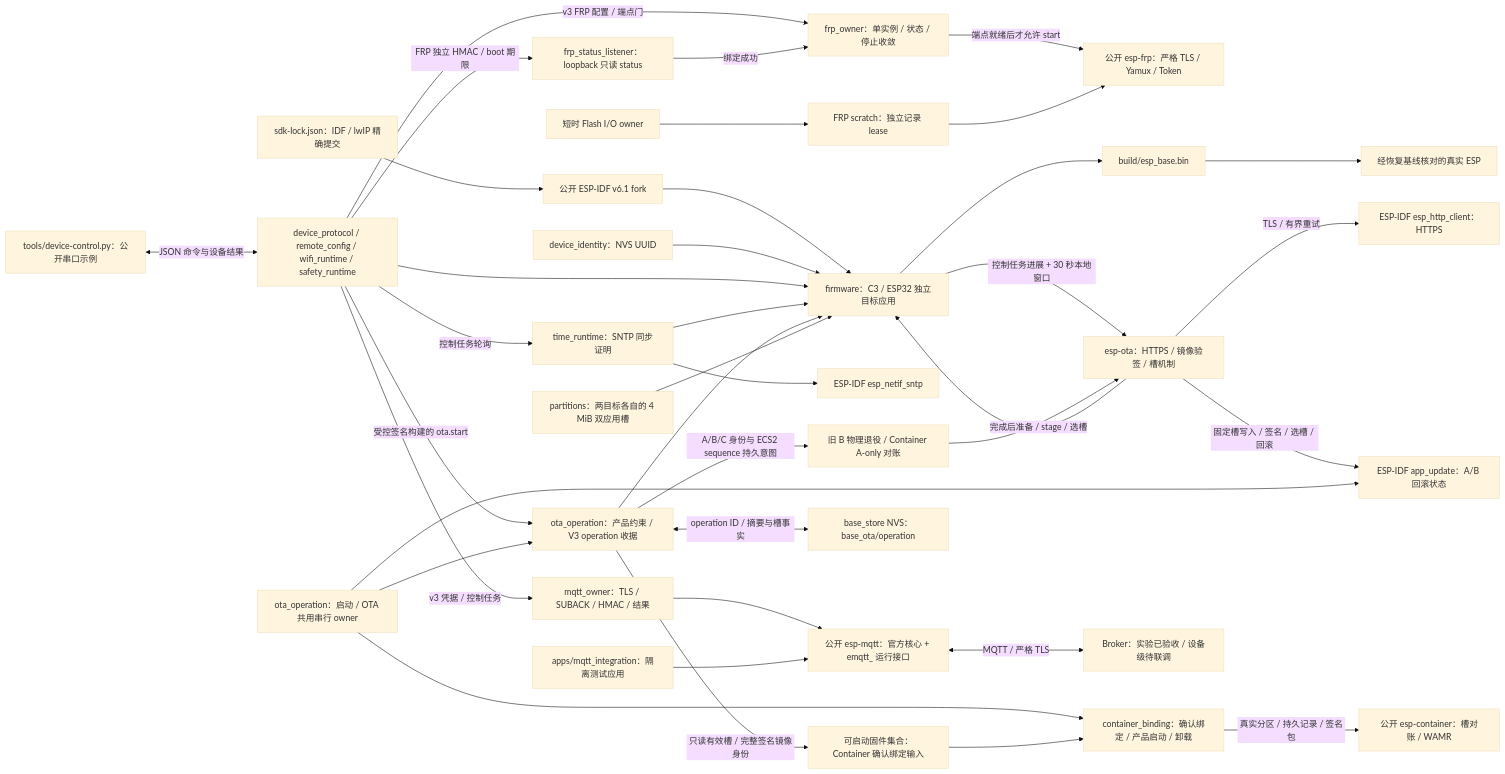
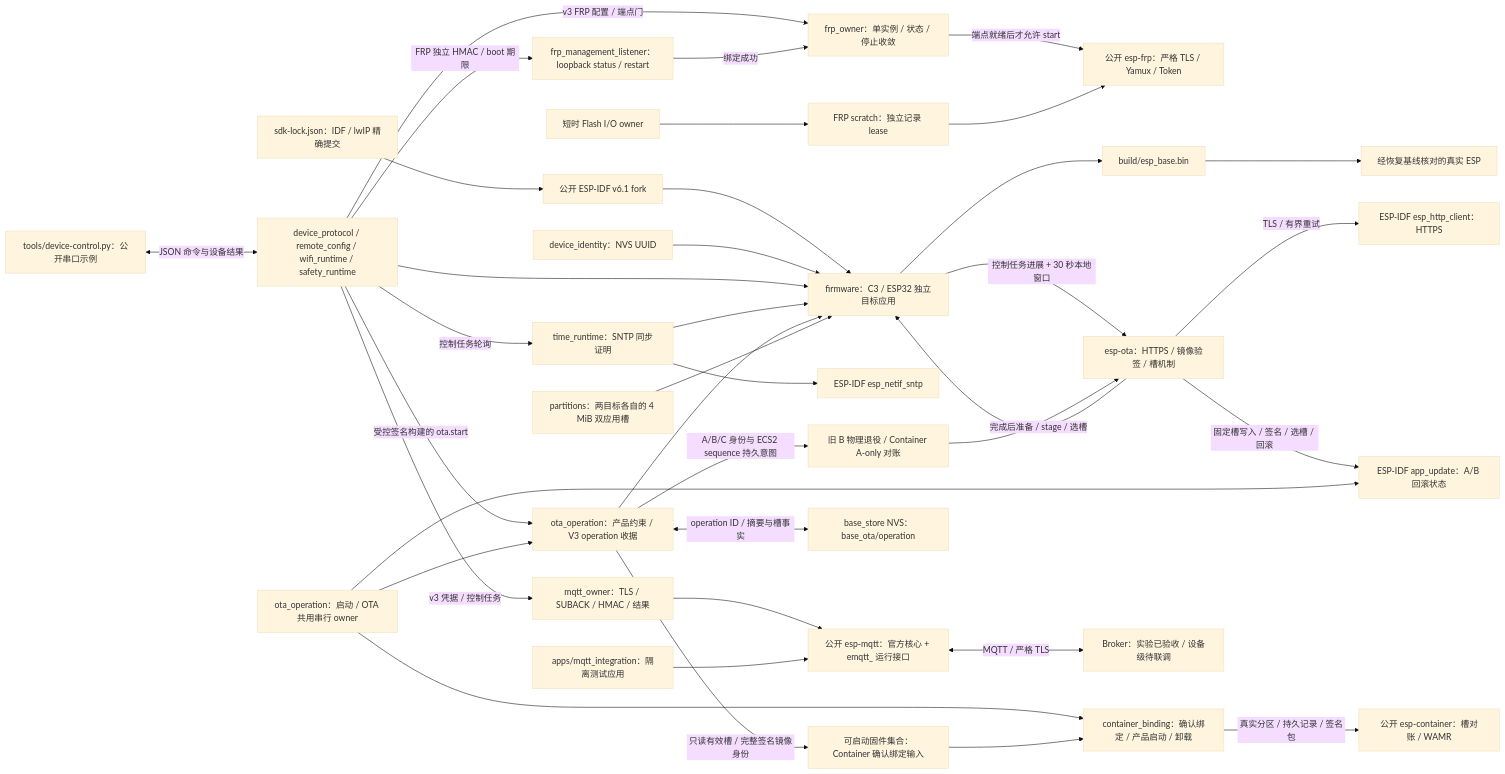
One commit to darren-you/esp-base changed the diagram in README.md. Above: the diagram before and after it, drawn with Mermaid (base theme). The commit also changed other lines of this file and 22 other files, not shown here.

````diff
--- a/README.md
+++ b/README.md
@@ -127,39 +129,39 @@
 ```mermaid
 flowchart LR
     sdk_lock["sdk-lock.json：IDF / lwIP 精确提交"] --> sdk["公开 ESP-IDF v6.1 fork"]
     sdk --> firmware["firmware：C3 / ESP32 独立目标应用"]
     identity["device_identity：NVS UUID"] --> firmware
     state["device_protocol / remote_config / wifi_runtime / safety_runtime"] --> firmware
     state -->|"v3 凭据 / 控制任务"| mqtt_owner["mqtt_owner：TLS / SUBACK / HMAC / 结果"]
     mqtt_owner --> mqtt
     state -->|"v3 FRP 配置 / 端点门"| frp_owner["frp_owner：单实例 / 状态 / 停止收敛"]
-    state -->|"FRP 独立 HMAC / boot 期限"| frp_status["frp_status_listener：loopback 只读 status"]
-    frp_status -->|"绑定成功"| frp_owner
+    state -->|"FRP 独立 HMAC / boot 期限"| frp_management["frp_management_listener：loopback status / restart"]
+    frp_management -->|"绑定成功"| frp_owner
     frp_owner -->|"端点就绪后才允许 start"| frp["公开 esp-frp：严格 TLS / Yamux / Token"]
     time["time_runtime：SNTP 同步证明"] --> firmware
     state -->|"控制任务轮询"| time
     time --> idf_time["ESP-IDF esp_netif_sntp"]
     ota["esp-ota：HTTPS / 镜像验签 / 槽机制"] --> firmware
     receipt["ota_operation：产品约束 / V3 operation 收据"] --> firmware
     receipt -->|"只读有效槽 / 完整签名镜像身份"| image_set["可启动固件集合：Container 确认绑定输入"]
     firmware -->|"控制任务进展 + 30 秒本地窗口"| ota
     state -->|"受控签名构建的 ota.start"| receipt
     receipt -->|"A/B/C 身份与 ECS2 sequence 持久意图"| retire["旧 B 物理退役 / Container A-only 对账"]
     retire -->|"完成后准备 / stage / 选槽"| ota
     ota -->|"TLS / 有界重试"| https["ESP-IDF esp_http_client：HTTPS"]
     ota -->|"固定槽写入 / 签名 / 选槽 / 回滚"| slot["ESP-IDF app_update：A/B 回滚状态"]
     receipt <-->|"operation ID / 摘要与槽事实"| nvs["base_store NVS：base_ota/operation"]
     owner["ota_operation：启动 / OTA 共用串行 owner"] --> receipt
     owner --> slot
     io_owner["短时 Flash I/O owner"] --> scratch["FRP scratch：独立记录 lease"]
     scratch --> frp
     binding["container_binding：确认绑定 / 产品启动 / 卸载"] -->|"真实分区 / 持久记录 / 签名包"| container["公开 esp-container：槽对账 / WAMR"]
     owner --> binding
     image_set --> binding
     layout["partitions：两目标各自的 4 MiB 双应用槽"] --> firmware
     host["tools/device-control.py：公开串口示例"] <-->|"JSON 命令与设备结果"| state
     firmware --> image["build/esp_base.bin"]
     lab["apps/mqtt_integration：隔离测试应用"] --> mqtt["公开 esp-mqtt：官方核心 + emqtt_ 运行接口"]
     mqtt <-->|"MQTT / 严格 TLS"| broker["Broker：实验已验收 / 设备级待联调"]
     image --> board["经恢复基线核对的真实 ESP"]
 ```
````
